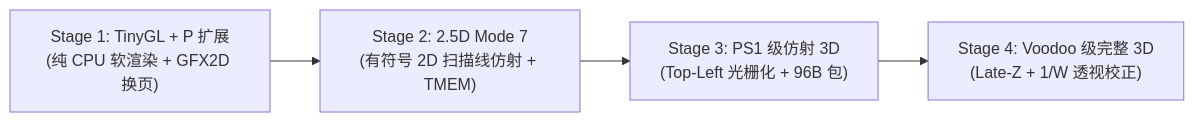
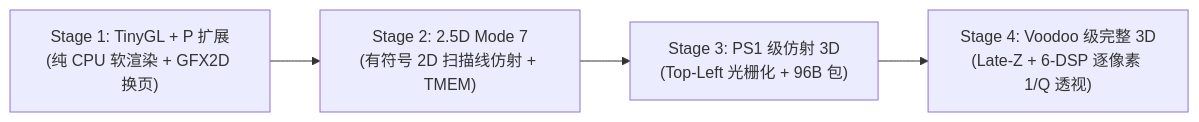
The second of 3 diagrams in docs/platforms/mega138k_ae350/gfx_3d.md (bearice/riscv-mini), drawn with Mermaid before and after one commit. The commit also changed other lines of this file, not shown here.

````diff
--- a/docs/platforms/mega138k_ae350/gfx_3d.md
+++ b/docs/platforms/mega138k_ae350/gfx_3d.md
@@ -81,6 +81,6 @@
 ```mermaid
 flowchart LR
     M1["Stage 1: TinyGL + P 扩展<br/>(纯 CPU 软渲染 + GFX2D 换页)"] --> M2["Stage 2: 2.5D Mode 7<br/>(有符号 2D 扫描线仿射 + TMEM)"]
     M2 --> M3["Stage 3: PS1 级仿射 3D<br/>(Top-Left 光栅化 + 96B 包)"]
-    M3 --> M4["Stage 4: Voodoo 级完整 3D<br/>(Late-Z + 1/W 透视校正)"]
+    M3 --> M4["Stage 4: Voodoo 级完整 3D<br/>(Late-Z + 6-DSP 逐像素 1/Q 透视)"]
 ```
````
